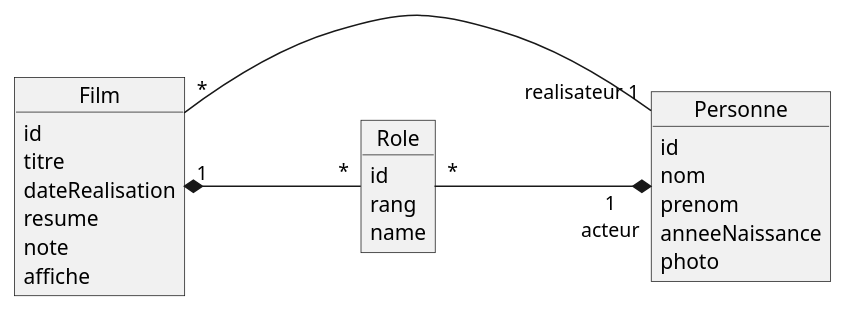
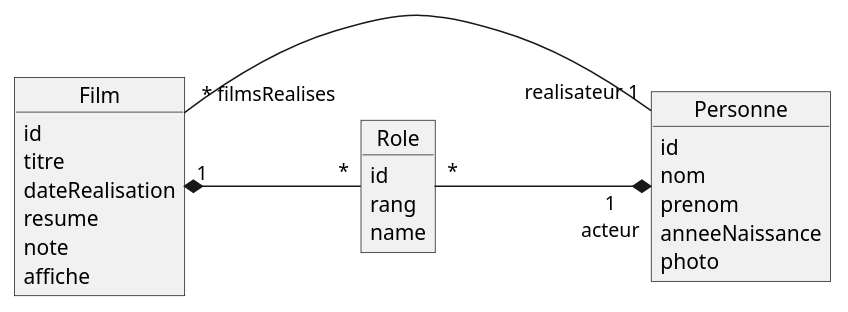
Before and after one commit to ldv-melun/spring-boot: the first of 2 diagrams in src/docs/asciidoc/_ch02_jpa_intro.adoc, drawn with PlantUML. The commit also changed 4 other files, not shown here.

```diff
--- a/src/docs/asciidoc/_ch02_jpa_intro.adoc
+++ b/src/docs/asciidoc/_ch02_jpa_intro.adoc
@@ -21,28 +21,28 @@
 [plantuml]
 ----
 Object Film{
 id
 titre
 dateRealisation
 resume
 note
 affiche
 }
 Object Personne{
 id
 nom
 prenom
 anneeNaissance
 photo
 }
 
 Object Role {
 id
 rang
 name
 }
 
-Film "*" - "realisateur 1" Personne :"\t\t\t\t"
+Film " * filmsRealises" - "realisateur 1" Personne :"\t\t\t\t"
 Film "1" *- "*" Role :"\t\t\t"
 Role "*" -* "1\nacteur" Personne:"\t\t\t\t"
 ----
```
